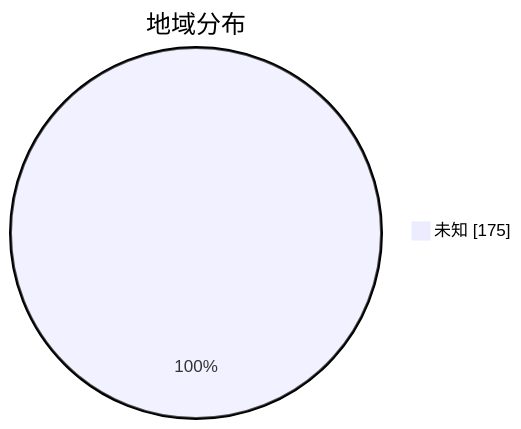
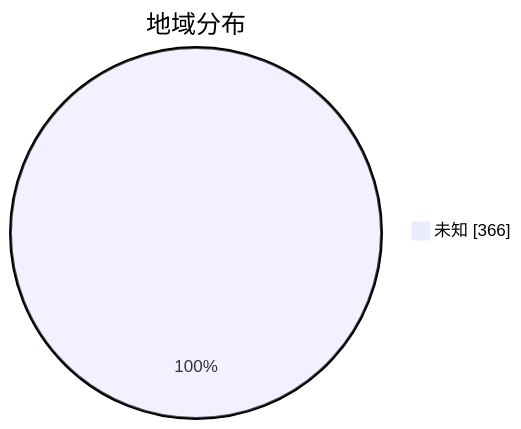
One commit to qjlxg/airport changed the second of 3 diagrams in subs/statistics/tested_within.md. Above: the diagram before and after it, drawn with Mermaid. The commit also changed other lines of this file and 2 other files, not shown here.

````diff
--- a/subs/statistics/tested_within.md
+++ b/subs/statistics/tested_within.md
@@ -11,5 +13,5 @@
 ```mermaid
 pie showData
 title 地域分布
-"未知" : 175
+"未知" : 366
 ```
````
